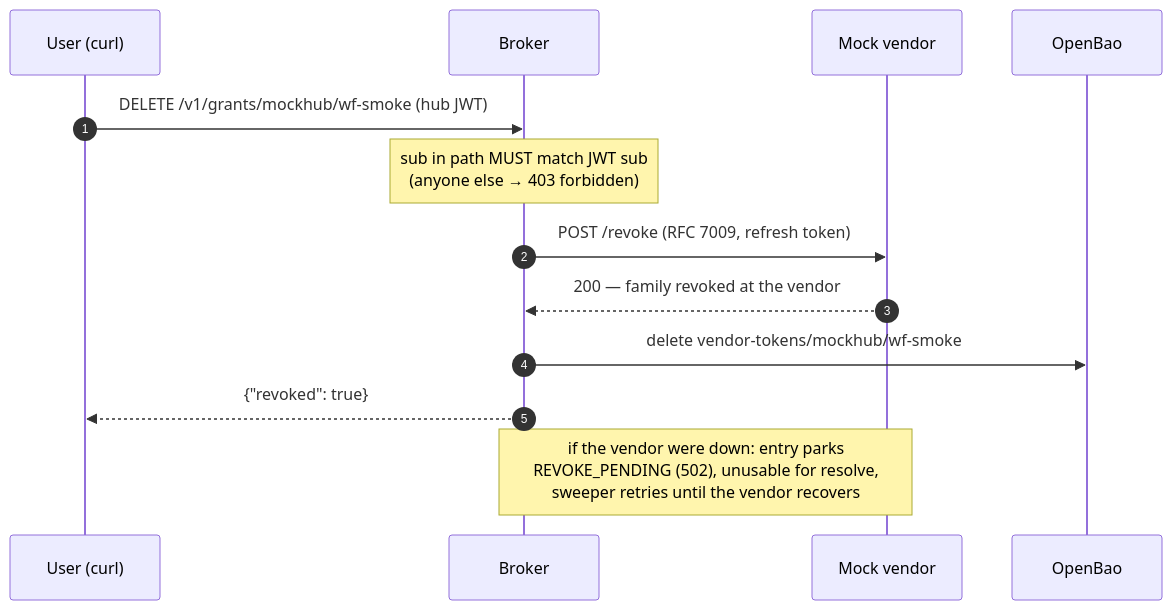
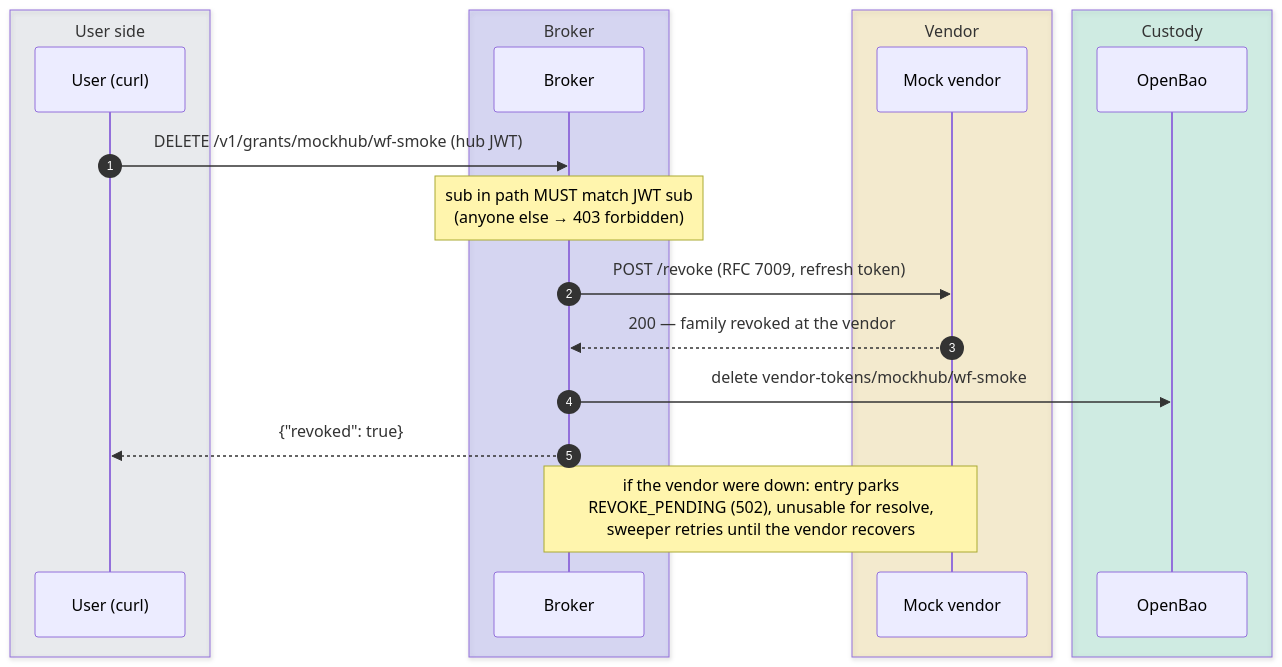
The sixth of 7 diagrams in docs/smoke-tests.md (chief-builder/vendor-token-broker), drawn with Mermaid before and after one commit. The commit also changed other lines of this file and 1 other file, not shown here.

First line of the commit message:
docs: theme-aware diagram colors + decluttered orientation map

````diff
--- a/docs/smoke-tests.md
+++ b/docs/smoke-tests.md
@@ -327,15 +360,23 @@
 ```mermaid
 sequenceDiagram
     autonumber
-    participant U as User (curl)
-    participant B as Broker
-    participant M as Mock vendor
-    participant V as OpenBao
+    box rgba(148,163,184,0.14) User side
+        participant U as User (curl)
+    end
+    box rgba(99,102,241,0.20) Broker
+        participant B as Broker
+    end
+    box rgba(234,179,8,0.16) Vendor
+        participant M as Mock vendor
+    end
+    box rgba(16,185,129,0.16) Custody
+        participant V as OpenBao
+    end
     U->>B: DELETE /v1/grants/mockhub/wf-smoke (hub JWT)
     Note over B: sub in path MUST match JWT sub<br/>(anyone else → 403 forbidden)
     B->>M: POST /revoke (RFC 7009, refresh token)
     M-->>B: 200 — family revoked at the vendor
     B->>V: delete vendor-tokens/mockhub/wf-smoke
     B-->>U: {"revoked": true}
     Note over B,M: if the vendor were down: entry parks<br/>REVOKE_PENDING (502), unusable for resolve,<br/>sweeper retries until the vendor recovers
 ```
````
